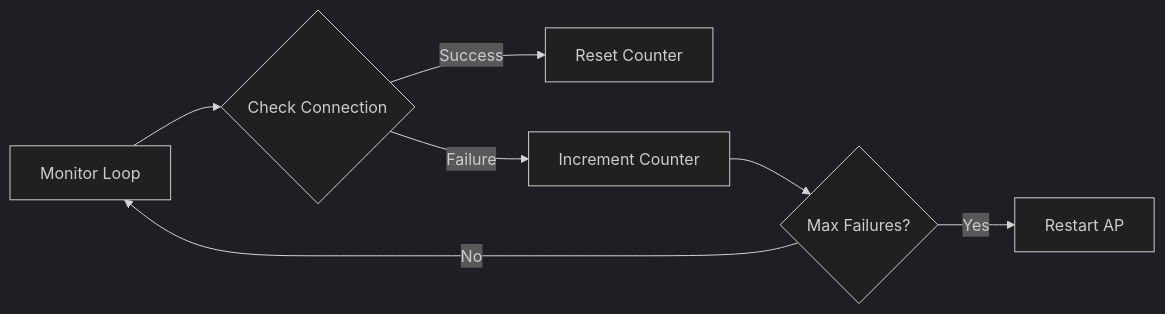
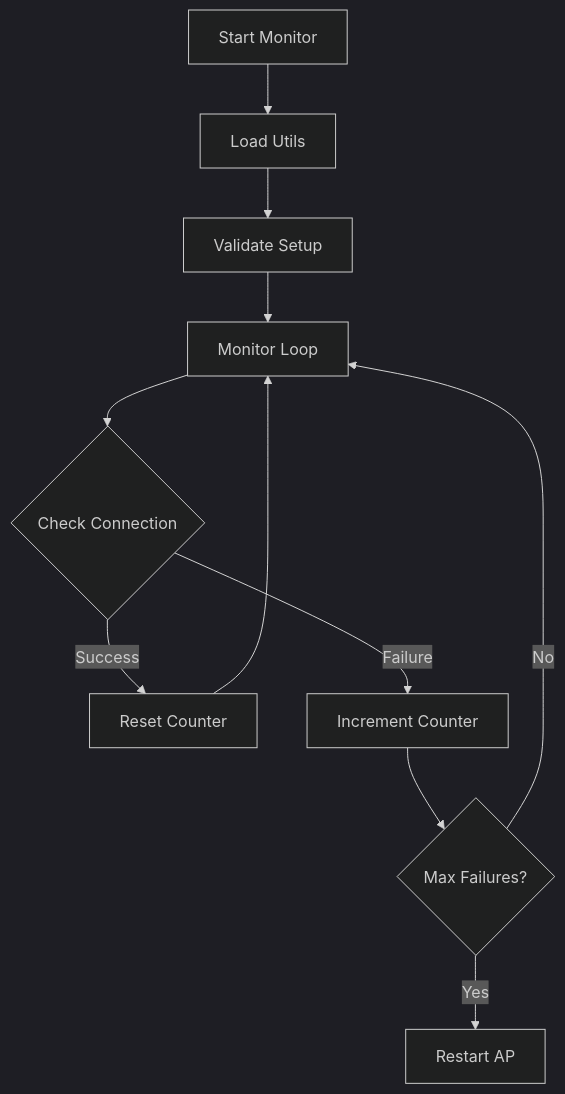
The second of 3 diagrams in ap/AP.md (firasguendouz/Raspi_Screen-), drawn with Mermaid (dark theme) before and after one commit. The commit also changed other lines of this file, not shown here.

````diff
--- a/ap/AP.md
+++ b/ap/AP.md
@@ -35,9 +49,13 @@
 ```mermaid
-graph LR
-    A[Monitor Loop] --> B{Check Connection}
-    B -->|Success| C[Reset Counter]
-    B -->|Failure| D[Increment Counter]
-    D --> E{Max Failures?}
-    E -->|Yes| F[Restart AP]
-    E -->|No| A
+graph TD
+    A[Start Monitor] --> B[Load Utils]
+    B --> C[Validate Setup]
+    C --> D[Monitor Loop]
+    D --> E{Check Connection}
+    E -->|Success| F[Reset Counter]
+    E -->|Failure| G[Increment Counter]
+    G --> H{Max Failures?}
+    H -->|Yes| I[Restart AP]
+    H -->|No| D
+    F --> D
 ```
````
